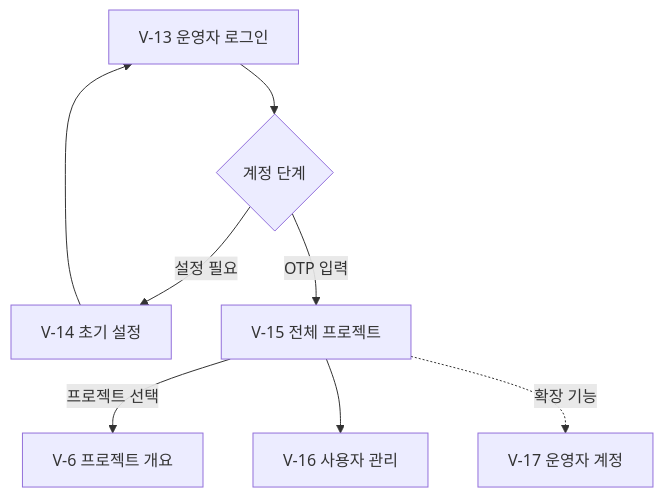
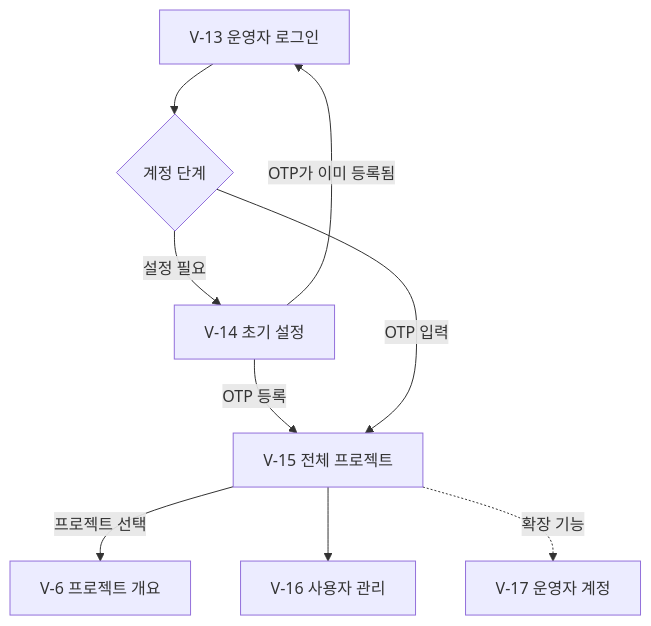
The third of 3 diagrams in docs/screen-flow.md (neru-33/DJUSW-Reposcope), drawn with Mermaid before and after one commit. The commit also changed other lines of this file and 13 other files, not shown here.

````diff
--- a/docs/screen-flow.md
+++ b/docs/screen-flow.md
@@ -97,10 +97,11 @@
 ```mermaid
 flowchart TD
     A[V-13 운영자 로그인] --> B{계정 단계}
     B -->|설정 필요| C[V-14 초기 설정]
-    C --> A
+    C -->|OTP 등록| D
+    C -->|OTP가 이미 등록됨| A
     B -->|OTP 입력| D[V-15 전체 프로젝트]
     D -->|프로젝트 선택| E[V-6 프로젝트 개요]
     D --> F[V-16 사용자 관리]
     D -.->|확장 기능| G[V-17 운영자 계정]
 ```
````
